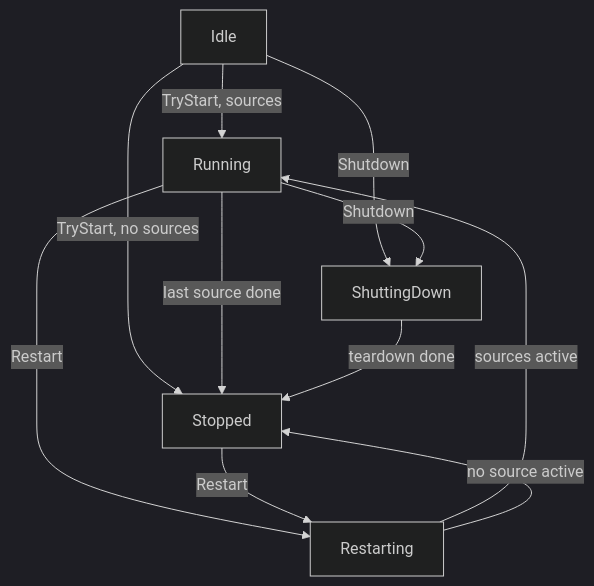
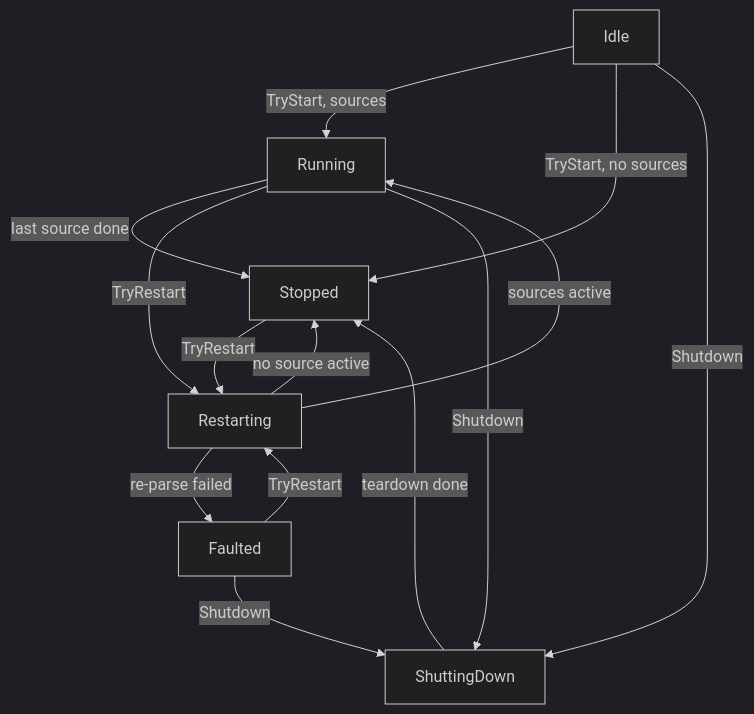
Before and after one commit to DevAM-Tools/NetworkInspector: the second of 3 diagrams in NetworkInspector.Sessions/SESSION_GUIDE.md, drawn with Mermaid (dark theme). The commit also changed other lines of this file and 84 other files, not shown here.

````diff
--- a/NetworkInspector.Sessions/SESSION_GUIDE.md
+++ b/NetworkInspector.Sessions/SESSION_GUIDE.md
@@ -101,18 +102,22 @@
 ```mermaid
 graph TD
     Idle["Idle"]
     Running["Running"]
     Restarting["Restarting"]
     Stopped["Stopped"]
     ShuttingDown["ShuttingDown"]
+    Faulted["Faulted"]
     Idle -->|"TryStart, sources"| Running
     Idle -->|"TryStart, no sources"| Stopped
     Running -->|"last source done"| Stopped
-    Running -->|"Restart"| Restarting
-    Stopped -->|"Restart"| Restarting
+    Running -->|"TryRestart"| Restarting
+    Stopped -->|"TryRestart"| Restarting
     Restarting -->|"sources active"| Running
     Restarting -->|"no source active"| Stopped
+    Restarting -->|"re-parse failed"| Faulted
+    Faulted -->|"TryRestart"| Restarting
+    Faulted -->|"Shutdown"| ShuttingDown
     Idle -->|"Shutdown"| ShuttingDown
     Running -->|"Shutdown"| ShuttingDown
     ShuttingDown -->|"teardown done"| Stopped
 ```
````
